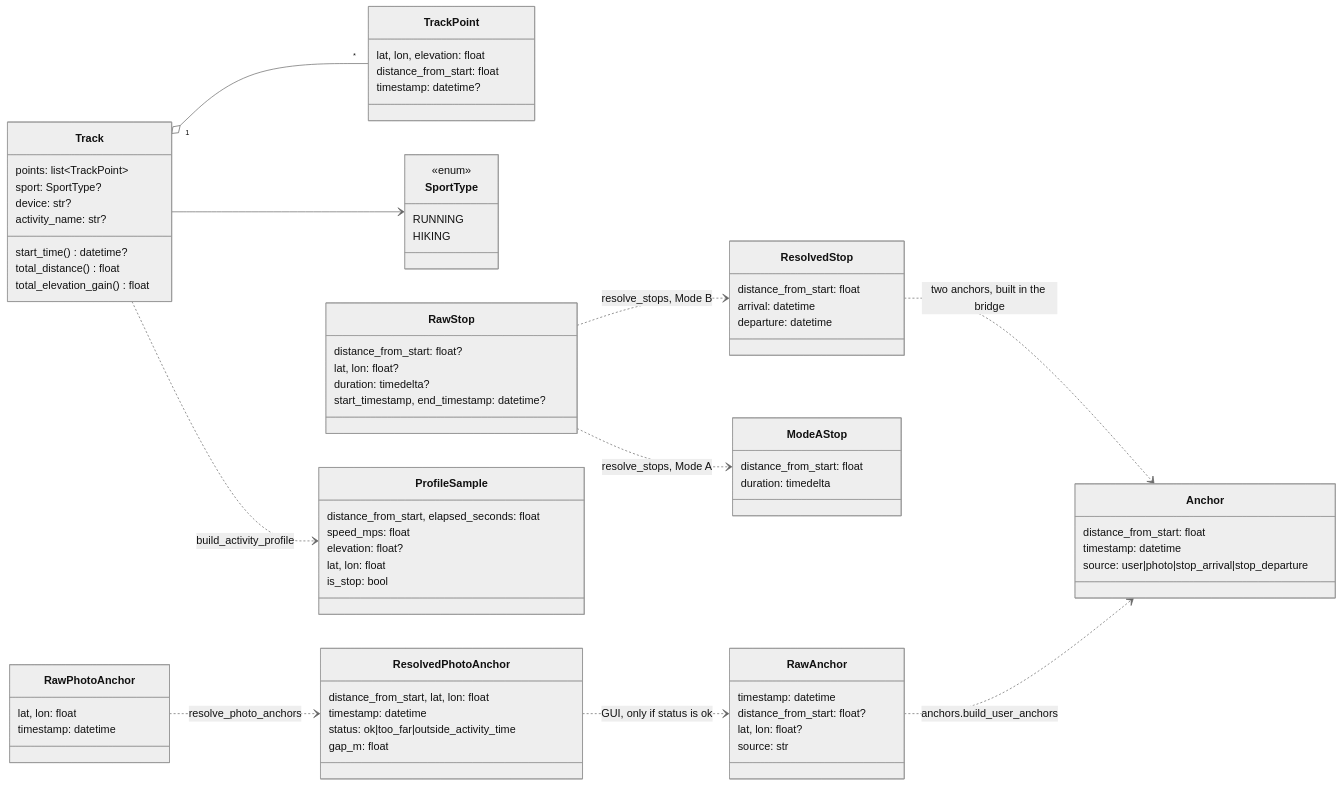
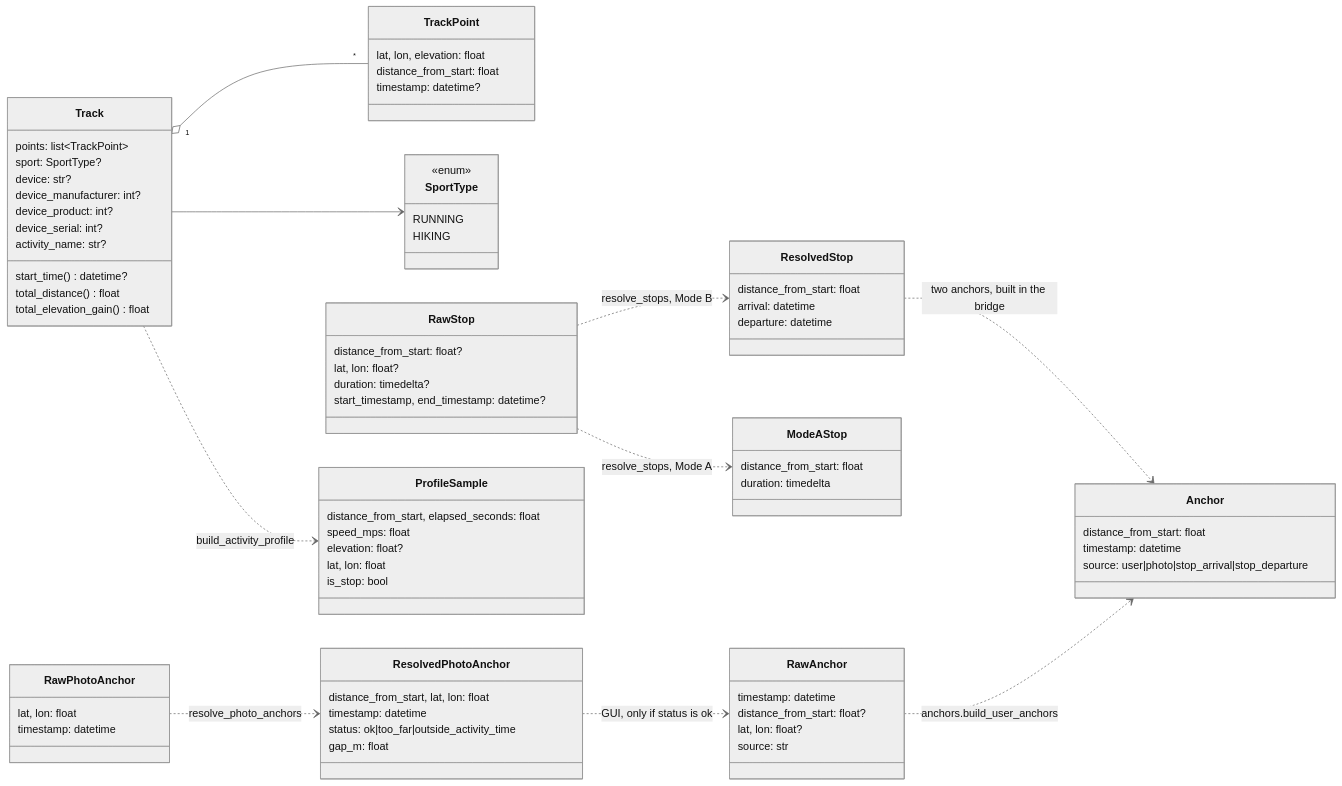
One commit to martin-iflap/GPX_to_FIT changed the second of 14 diagrams in docs/ARCHITECTURE.md. Above: the diagram before and after it, drawn with Mermaid (neutral theme). The commit also changed other lines of this file and 16 other files, not shown here.

````diff
--- a/docs/ARCHITECTURE.md
+++ b/docs/ARCHITECTURE.md
@@ -129,76 +129,79 @@
 ```mermaid
 classDiagram
   direction LR
   class Track {
     points: list~TrackPoint~
     sport: SportType?
     device: str?
+    device_manufacturer: int?
+    device_product: int?
+    device_serial: int?
     activity_name: str?
     start_time() datetime?
     total_distance() float
     total_elevation_gain() float
   }
   class TrackPoint {
     lat, lon, elevation: float
     distance_from_start: float
     timestamp: datetime?
   }
   class SportType {
     <<enum>>
     RUNNING
     HIKING
   }
   class Anchor {
     distance_from_start: float
     timestamp: datetime
     source: user|photo|stop_arrival|stop_departure
   }
   class RawAnchor {
     timestamp: datetime
     distance_from_start: float?
     lat, lon: float?
     source: str
   }
   class RawStop {
     distance_from_start: float?
     lat, lon: float?
     duration: timedelta?
     start_timestamp, end_timestamp: datetime?
   }
   class ResolvedStop {
     distance_from_start: float
     arrival: datetime
     departure: datetime
   }
   class ModeAStop {
     distance_from_start: float
     duration: timedelta
   }
   class RawPhotoAnchor {
     lat, lon: float
     timestamp: datetime
   }
   class ResolvedPhotoAnchor {
     distance_from_start, lat, lon: float
     timestamp: datetime
     status: ok|too_far|outside_activity_time
     gap_m: float
   }
   class ProfileSample {
     distance_from_start, elapsed_seconds: float
     speed_mps: float
     elevation: float?
     lat, lon: float
     is_stop: bool
   }
 
   Track "1" o-- "*" TrackPoint
   Track --> SportType
   RawAnchor ..> Anchor : anchors.build_user_anchors
   RawStop ..> ResolvedStop : resolve_stops, Mode B
   RawStop ..> ModeAStop : resolve_stops, Mode A
   ResolvedStop ..> Anchor : two anchors, built in the bridge
   RawPhotoAnchor ..> ResolvedPhotoAnchor : resolve_photo_anchors
   ResolvedPhotoAnchor ..> RawAnchor : GUI, only if status is ok
   Track ..> ProfileSample : build_activity_profile
 ```
````
